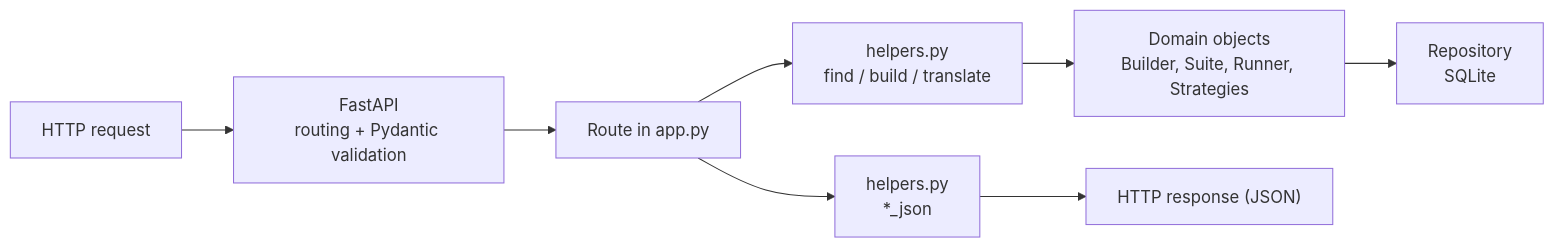
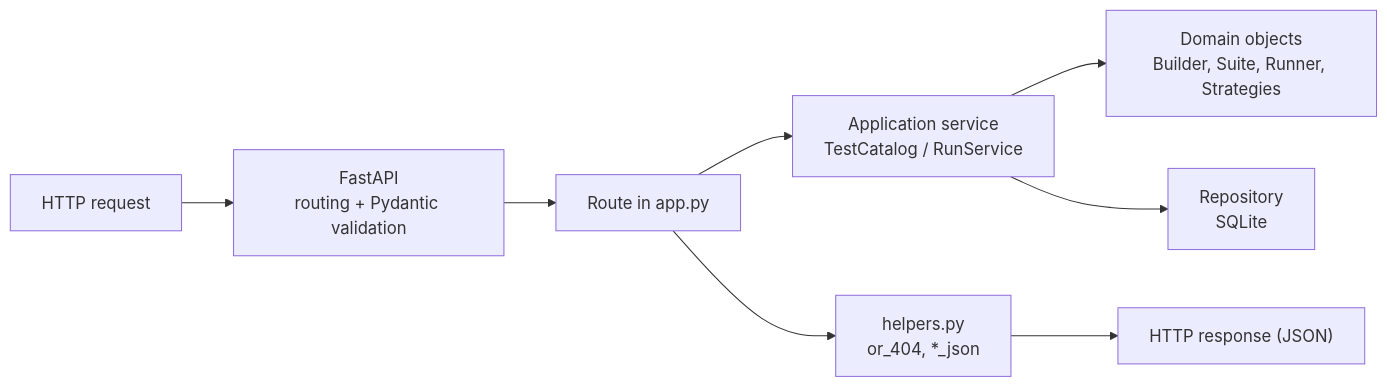
The fourth of 4 diagrams in python/doc/05-execution-order.md (LucaPigo/smartest-ai-testbook), drawn with Mermaid before and after one commit. The commit also changed other lines of this file and 25 other files, not shown here.

````diff
--- a/python/doc/05-execution-order.md
+++ b/python/doc/05-execution-order.md
@@ -248,10 +263,10 @@
 ```mermaid
 flowchart LR
     A["HTTP request"] --> B["FastAPI<br/>routing + Pydantic validation"]
     B --> C["Route in app.py"]
-    C --> D["helpers.py<br/>find / build / translate"]
+    C --> D["Application service<br/>TestCatalog / RunService"]
     D --> E["Domain objects<br/>Builder, Suite, Runner, Strategies"]
-    E --> F["Repository<br/>SQLite"]
-    C --> G["helpers.py<br/>*_json"]
+    D --> F["Repository<br/>SQLite"]
+    C --> G["helpers.py<br/>or_404, *_json"]
     G --> H["HTTP response (JSON)"]
 ```
````
